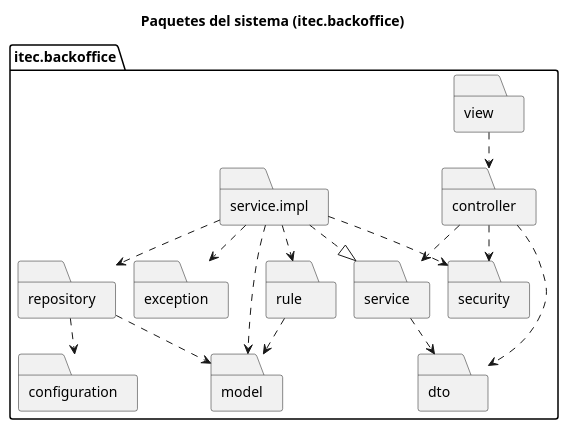
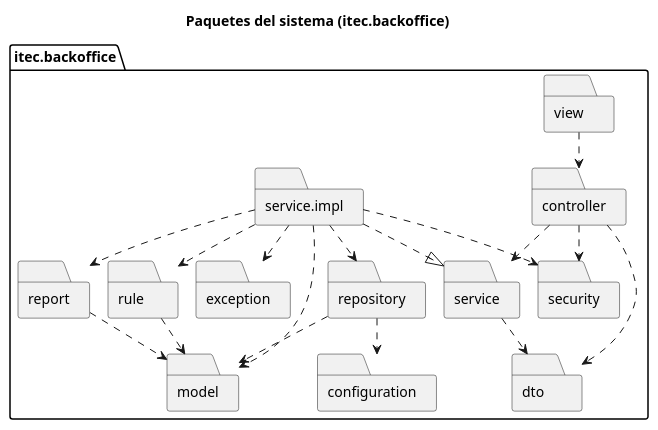
Before and after one commit to ISMAELALTHENOFER/BACKOFFICE-ACADEMICO-ITEC-N-1: the diagram in document/diagramas/06-paquetes.puml, drawn with PlantUML. The commit also changed 121 other files, not shown here.

First line of the commit message:
docs: completar casos de uso, diagramas de secuencia, contratos e historias de usuario

```diff
--- a/document/diagramas/06-paquetes.puml
+++ b/document/diagramas/06-paquetes.puml
@@ -1,34 +1,37 @@
 @startuml paquetes
 !pragma layout smetana
 skinparam shadowing false
 title Paquetes del sistema (itec.backoffice)
 
 package "itec.backoffice" {
   folder "view" as vista
   folder "controller" as ctrl
   folder "dto" as dto
   folder "service" as srv
   folder "service.impl" as impl
   folder "rule" as rule
+  folder "report" as rep
   folder "security" as sec
   folder "model" as model
   folder "exception" as exc
   folder "repository" as repo
   folder "configuration" as cfg
 }
 
 vista ..> ctrl
 ctrl ..> srv
 ctrl ..> dto
 ctrl ..> sec
 impl ..|> srv
 impl ..> rule
+impl ..> rep
+rep ..> model
 impl ..> repo
 impl ..> model
 impl ..> exc
 impl ..> sec
 srv ..> dto
 rule ..> model
 repo ..> model
 repo ..> cfg
 @enduml
```
